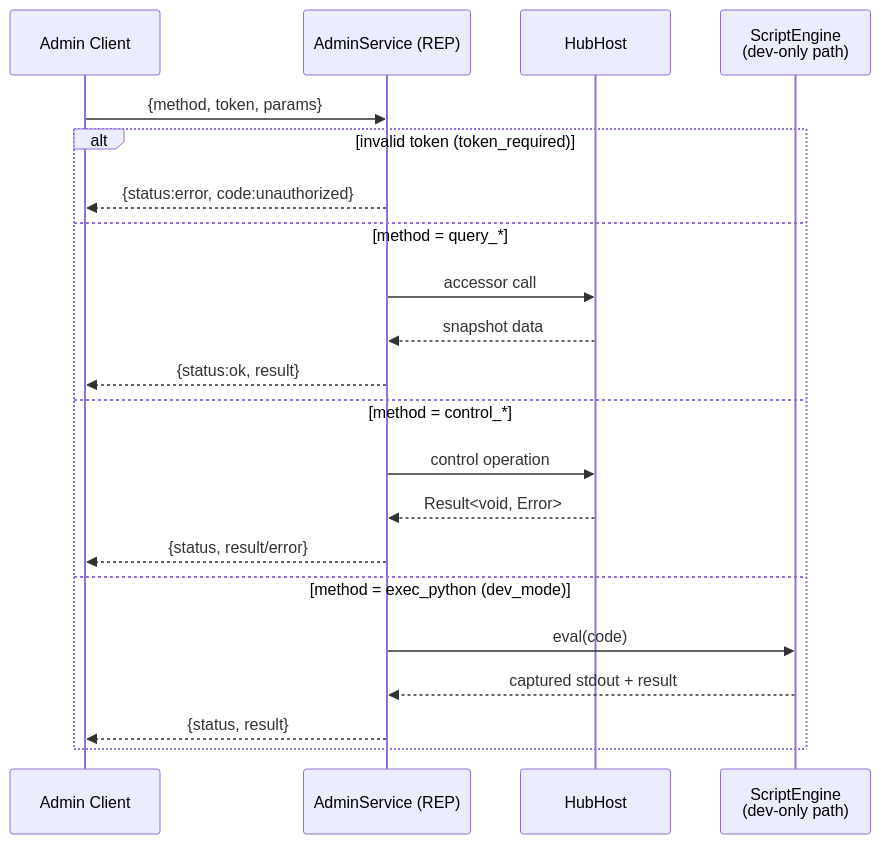
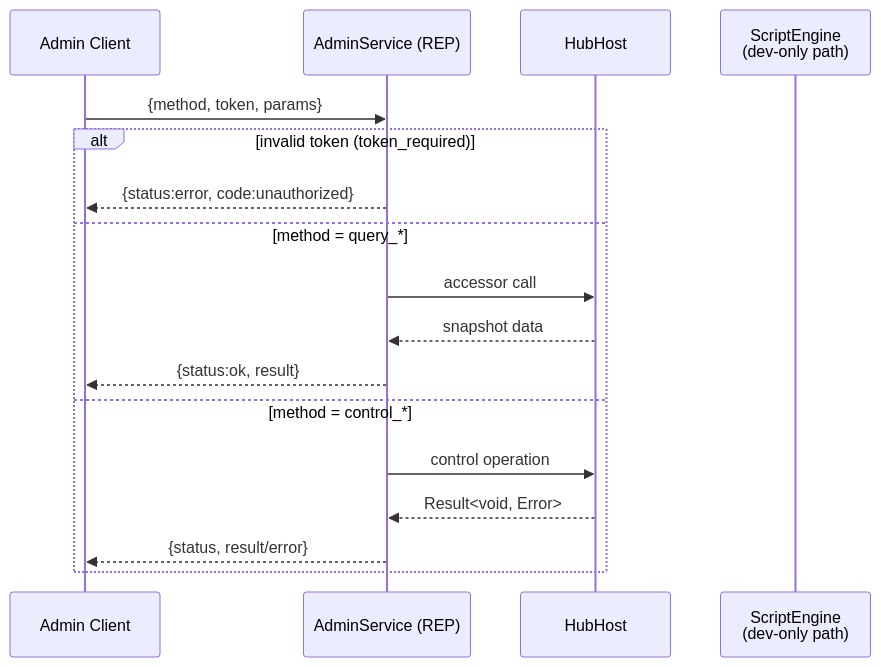
One commit to Qing-LAB/pylabhub changed the seventh of 9 diagrams in docs/HEP/HEP-CORE-0033-Hub-Character.md. Above: the diagram before and after it, drawn with Mermaid. The commit also changed other lines of this file and 9 other files, not shown here.

````diff
--- a/docs/HEP/HEP-CORE-0033-Hub-Character.md
+++ b/docs/HEP/HEP-CORE-0033-Hub-Character.md
@@ -984,25 +984,21 @@
 ```mermaid
 sequenceDiagram
     participant Client as Admin Client
     participant Admin as AdminService (REP)
     participant Host as HubHost
     participant Engine as ScriptEngine<br/>(dev-only path)
 
     Client->>Admin: {method, token, params}
 
     alt invalid token (token_required)
         Admin-->>Client: {status:error, code:unauthorized}
     else method = query_*
         Admin->>Host: accessor call
         Host-->>Admin: snapshot data
         Admin-->>Client: {status:ok, result}
     else method = control_*
         Admin->>Host: control operation
         Host-->>Admin: Result<void, Error>
         Admin-->>Client: {status, result/error}
-    else method = exec_python (dev_mode)
-        Admin->>Engine: eval(code)
-        Engine-->>Admin: captured stdout + result
-        Admin-->>Client: {status, result}
     end
 ```
````
